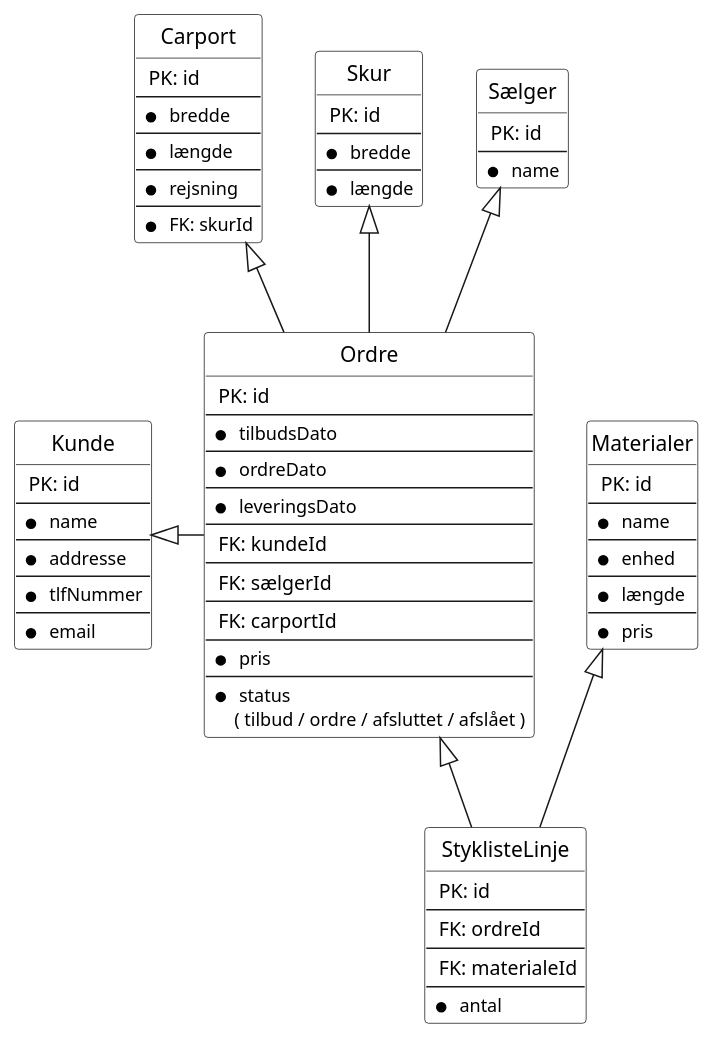
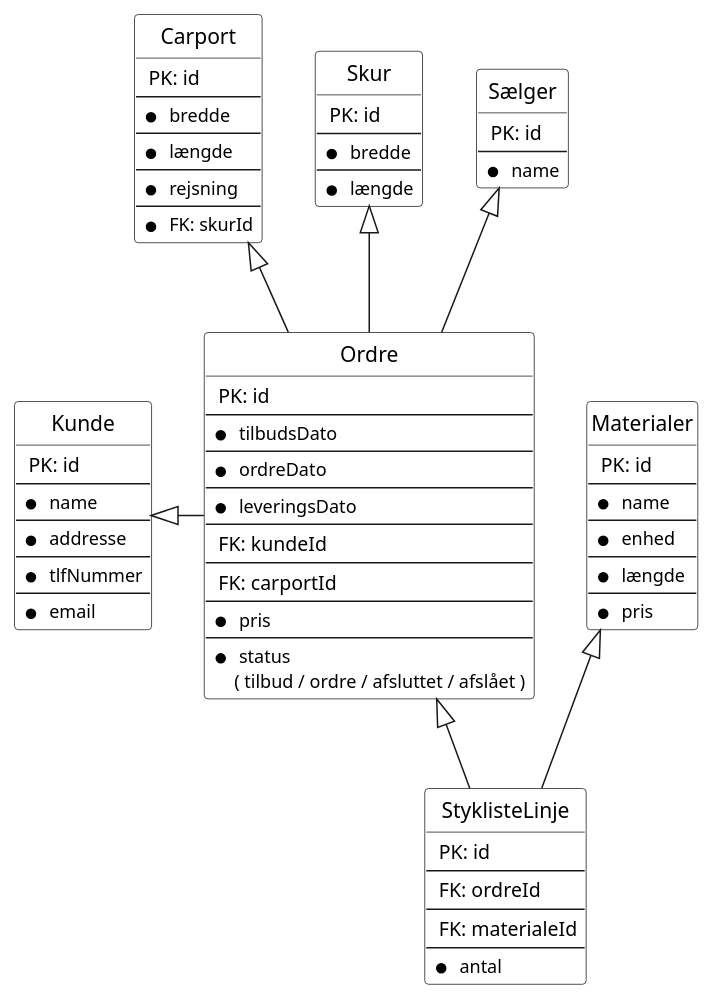
Before and after one commit to jensgelbek/Fog: the first of 2 diagrams in src/main/Diagrammer/ER.puml, drawn with PlantUML. The commit also changed other lines of this file and 9 other files, not shown here.

```diff
--- a/src/main/Diagrammer/ER.puml
+++ b/src/main/Diagrammer/ER.puml
@@ -3,99 +3,97 @@
 @startuml
 
 skinparam wrapWidth 300
 
 hide circle
 hide empty members
 
 entity Kunde #White {
    <size:13> PK: id
    --
    * <size:12> name
    --
    * <size:12> addresse
    --
    * <size:12> tlfNummer
    --
    * <size:12> email
 }
 
 entity Carport #White {
    <size:13> PK: id
    --
    * <size:12> bredde
    --
    * <size:12> længde
    --
    * <size:12> rejsning
    --
    * <size:12> FK: skurId
 }
 
 entity Skur #White {
    <size:13> PK: id
    --
        * <size:12> bredde
    --
    * <size:12> længde
 }
 
 
 entity Ordre  #White {
    <size:13> PK: id
    --
    * <size:12> tilbudsDato
    --
    * <size:12> ordreDato
    --
    * <size:12> leveringsDato
    --
    <size:13> FK: kundeId
    --
-   <size:13> FK: sælgerId
-   --
    <size:13> FK: carportId
    --
    * <size:12> pris
    --
    * <size:12> status
     <size:12>( tilbud / ordre / afsluttet / afslået )
 }
 
 entity Materialer #White {
    <size:13> PK: id
    --
    * <size:12> name
    --
    * <size:12> enhed
    --
    * <size:12> længde
    --
    * <size:12> pris
 }
 
 entity StyklisteLinje #White {
    <size:13> PK: id
    --
   <size:13> FK: ordreId
    --
    <size:13> FK: materialeId
    --
    * <size:12> antal
 }
 
 entity Sælger #White {
    <size:13> PK: id
    --
    * <size:12> name
 }
 
 
 
 
 Kunde <|- Ordre
 Sælger <|-- Ordre
 Carport <|-- Ordre
 Skur <|-- Ordre
 Ordre <|-- StyklisteLinje
 Materialer <|-- StyklisteLinje
 @enduml
```
